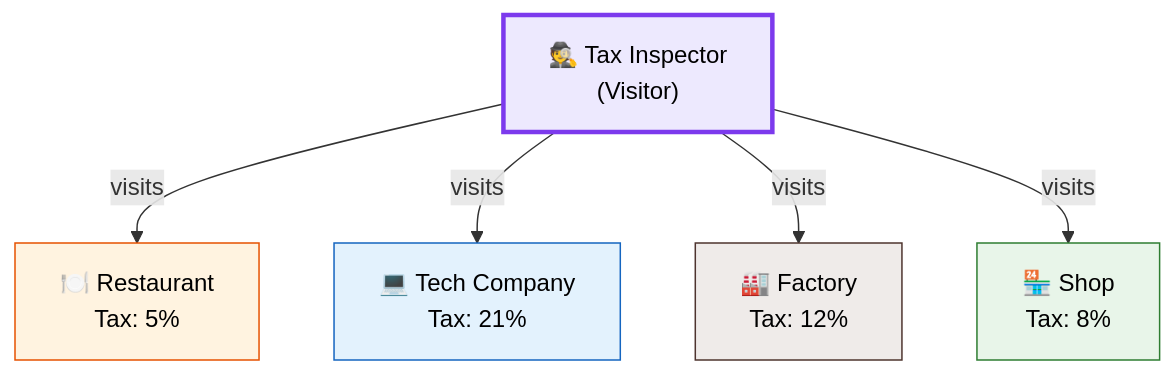
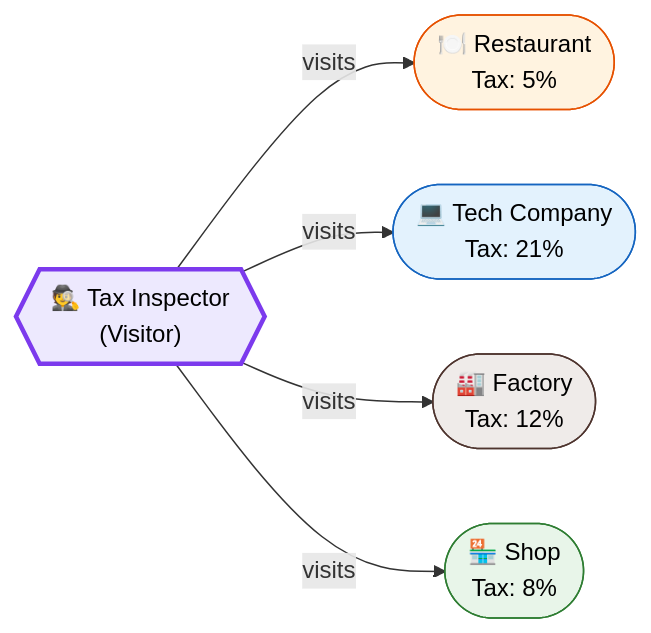
Before and after one commit to saivamsikaruturi/vamsilabs-dev-notes-main: the first of 3 diagrams in docs/designpatterns/behaviouralDesignPatterns/VisitorDp.md, drawn with Mermaid. The commit also changed other lines of this file and 146 other files, not shown here.

Commit message:
Horizontal diagrams, UML class diagrams, typography overhaul, and permalink cleanup

````diff
--- a/docs/designpatterns/behaviouralDesignPatterns/VisitorDp.md
+++ b/docs/designpatterns/behaviouralDesignPatterns/VisitorDp.md
@@ -12,14 +12,14 @@
 ```mermaid
-flowchart TD
-    I["🕵️ Tax Inspector<br/>(Visitor)"]
-    I -->|visits| R["🍽️ Restaurant<br/>Tax: 5%"]
-    I -->|visits| T["💻 Tech Company<br/>Tax: 21%"]
-    I -->|visits| F["🏭 Factory<br/>Tax: 12%"]
-    I -->|visits| S["🏪 Shop<br/>Tax: 8%"]
+flowchart LR
+    I{{"🕵️ Tax Inspector<br/>(Visitor)"}}
+    I -->|visits| R(["🍽️ Restaurant<br/>Tax: 5%"])
+    I -->|visits| T(["💻 Tech Company<br/>Tax: 21%"])
+    I -->|visits| F(["🏭 Factory<br/>Tax: 12%"])
+    I -->|visits| S(["🏪 Shop<br/>Tax: 8%"])
     
     style I fill:#EDE9FE,stroke:#7C3AED,stroke-width:3px,color:#000
     style R fill:#FFF3E0,stroke:#E65100,color:#000
     style T fill:#E3F2FD,stroke:#1565C0,color:#000
     style F fill:#EFEBE9,stroke:#4E342E,color:#000
     style S fill:#E8F5E9,stroke:#2E7D32,color:#000
 ```
````
